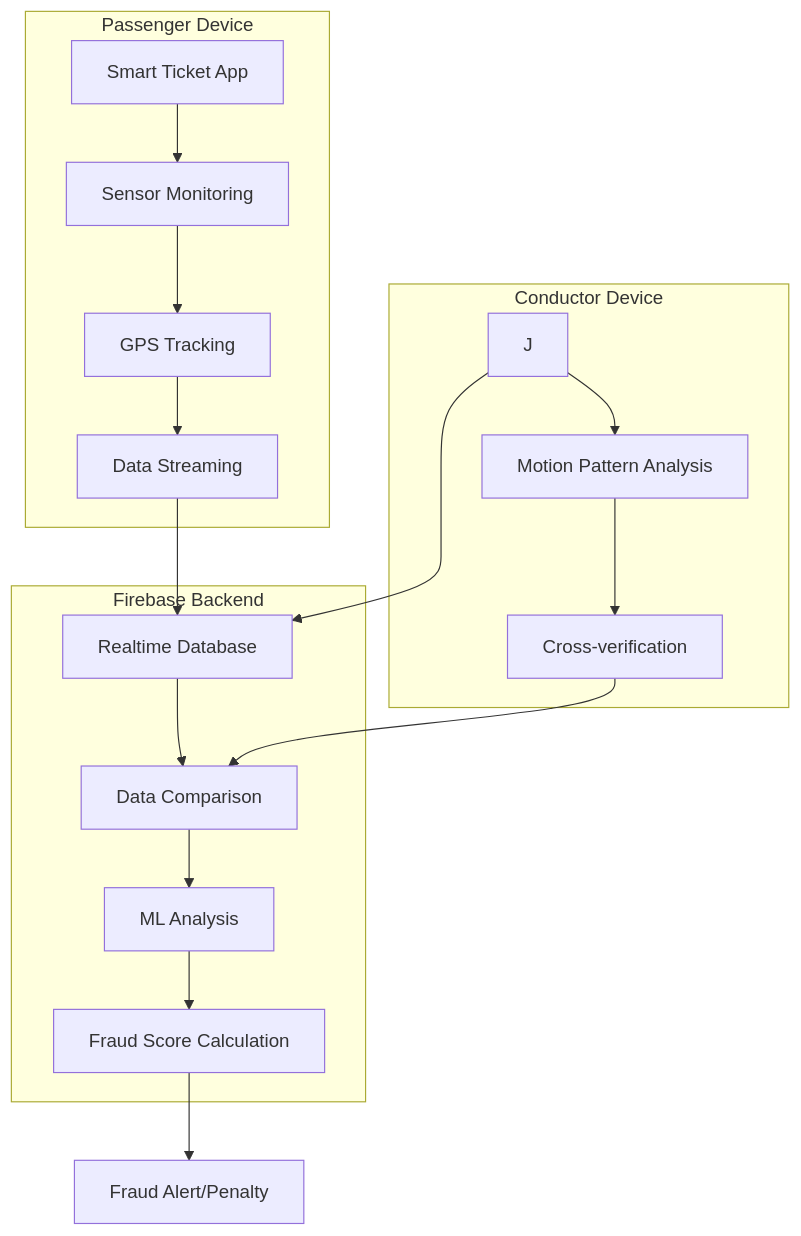
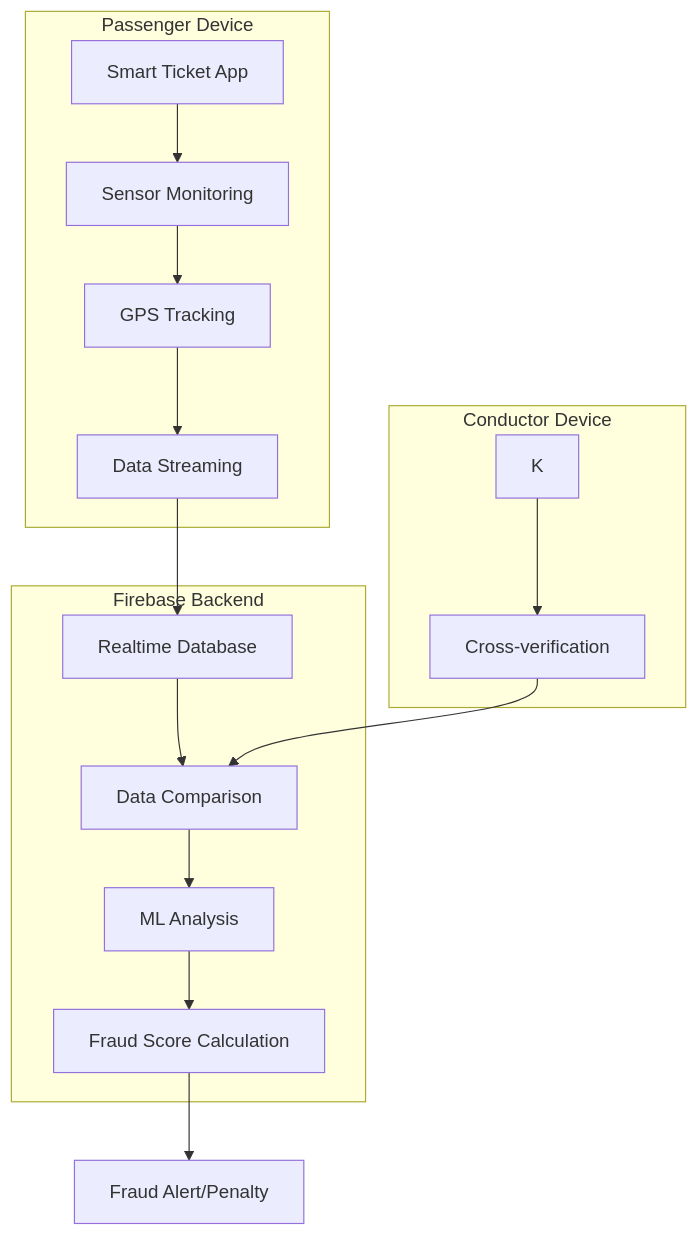
The tenth of 11 diagrams in README.md (TharunBabu-05/smart_ticket_MTC), drawn with Mermaid before and after one commit. The commit also changed other lines of this file, not shown here.

````diff
--- a/README.md
+++ b/README.md
@@ -740,24 +739,22 @@
 ```mermaid
 graph TD
     subgraph "Passenger Device"
         A[Smart Ticket App] --> B[Sensor Monitoring]
         B --> C[GPS Tracking]
         C --> D[Data Streaming]
     end
     
     subgraph "Firebase Backend"
         E[Realtime Database] --> F[Data Comparison]
         F --> G[ML Analysis]
         G --> H[Fraud Score Calculation]
     end
     
     subgraph "Conductor Device"
-        J --> K[Motion Pattern Analysis]
         K --> L[Cross-verification]
     end
     
     D --> E
-    J --> E
     H --> M[Fraud Alert/Penalty]
     L --> F
 ```
````
